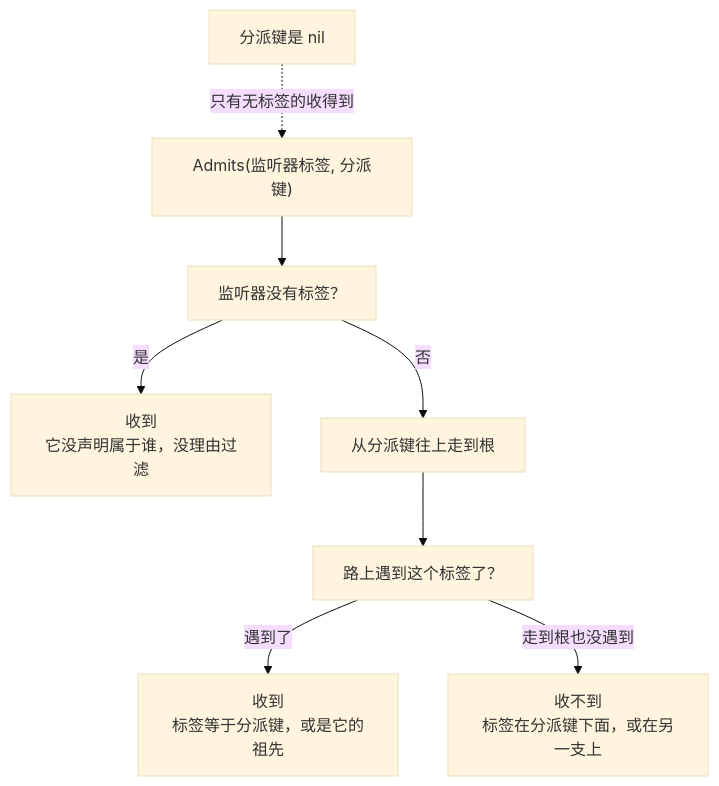
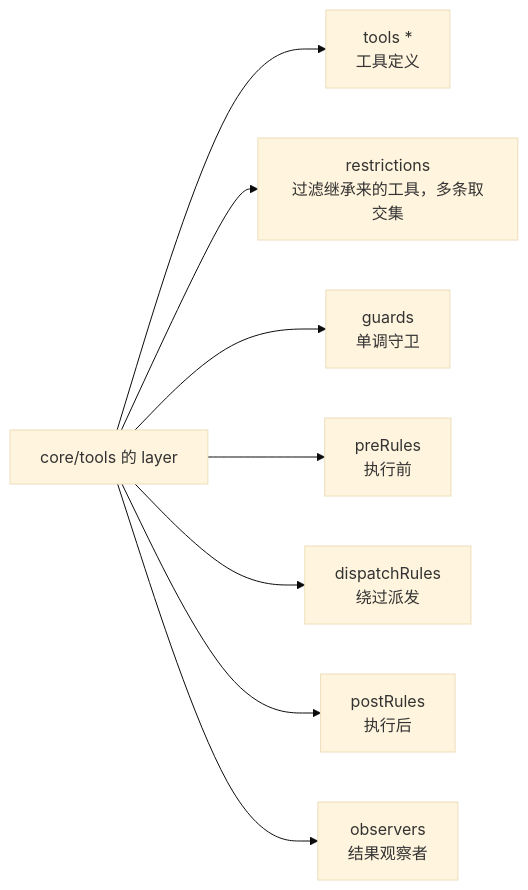
One commit to snight1983/ds-harness-go changed the fifth of 8 diagrams in docs/modules/core-scope.md. Above: the diagram before and after it, drawn with Mermaid (base theme). The commit also changed other lines of this file and 195 other files, not shown here.

````diff
--- a/docs/modules/core-scope.md
+++ b/docs/modules/core-scope.md
@@ -233,11 +102,11 @@
 ```mermaid
-flowchart TD
-    A["Admits(监听器标签, 分派键)"] --> B["监听器没有标签？"]
-    B -->|"是"| Y1["收到<br/>它没声明属于谁，没理由过滤"]
-    B -->|"否"| C["从分派键往上走到根"]
-    C --> D["路上遇到这个标签了？"]
-    D -->|"遇到了"| Y2["收到<br/>标签等于分派键，或是它的祖先"]
-    D -->|"走到根也没遇到"| N["收不到<br/>标签在分派键下面，或在另一支上"]
-
-    E["分派键是 nil"] -.->|"只有无标签的收得到"| A
+graph LR
+  TL["core/tools 的 layer"]
+  TL --> t1["tools *<br/>工具定义"]
+  TL --> t2["restrictions<br/>过滤继承来的工具，多条取交集"]
+  TL --> t3["guards<br/>单调守卫"]
+  TL --> t4["preRules<br/>执行前"]
+  TL --> t5["dispatchRules<br/>绕过派发"]
+  TL --> t6["postRules<br/>执行后"]
+  TL --> t7["observers<br/>结果观察者"]
 ```
````
